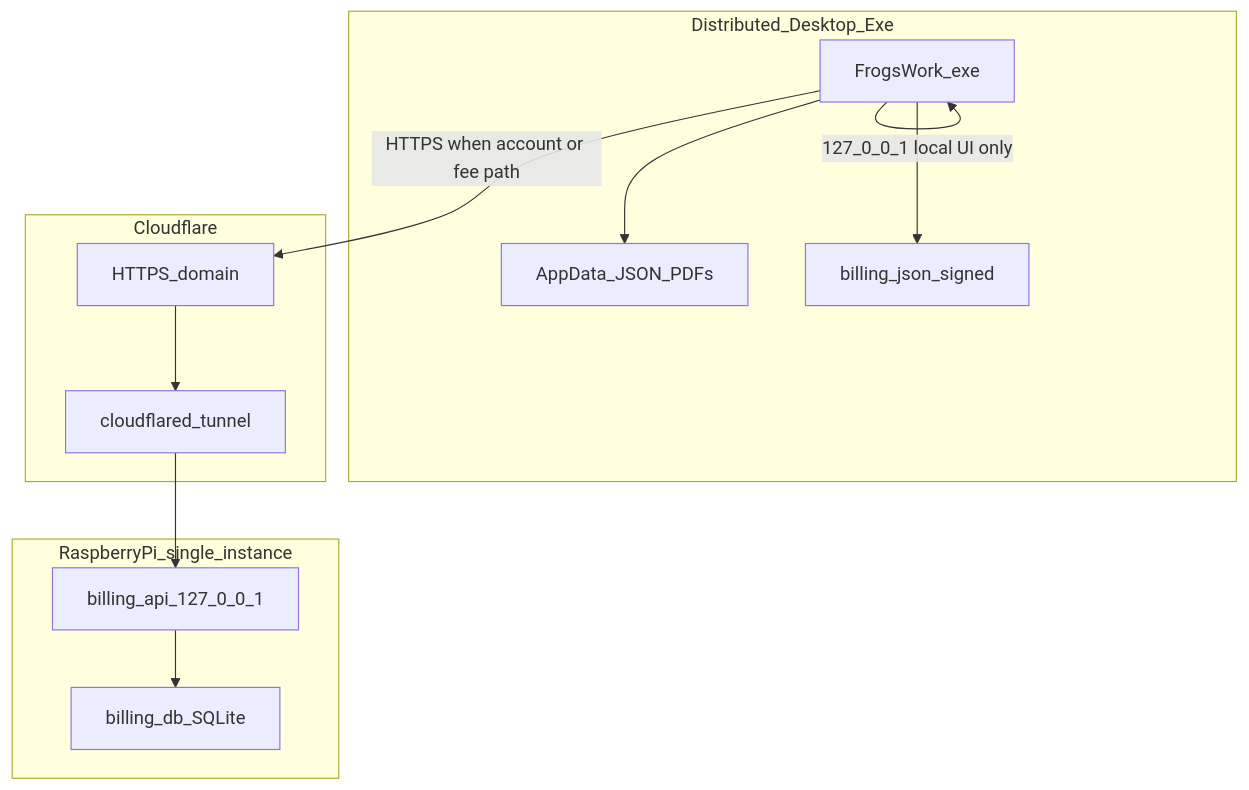
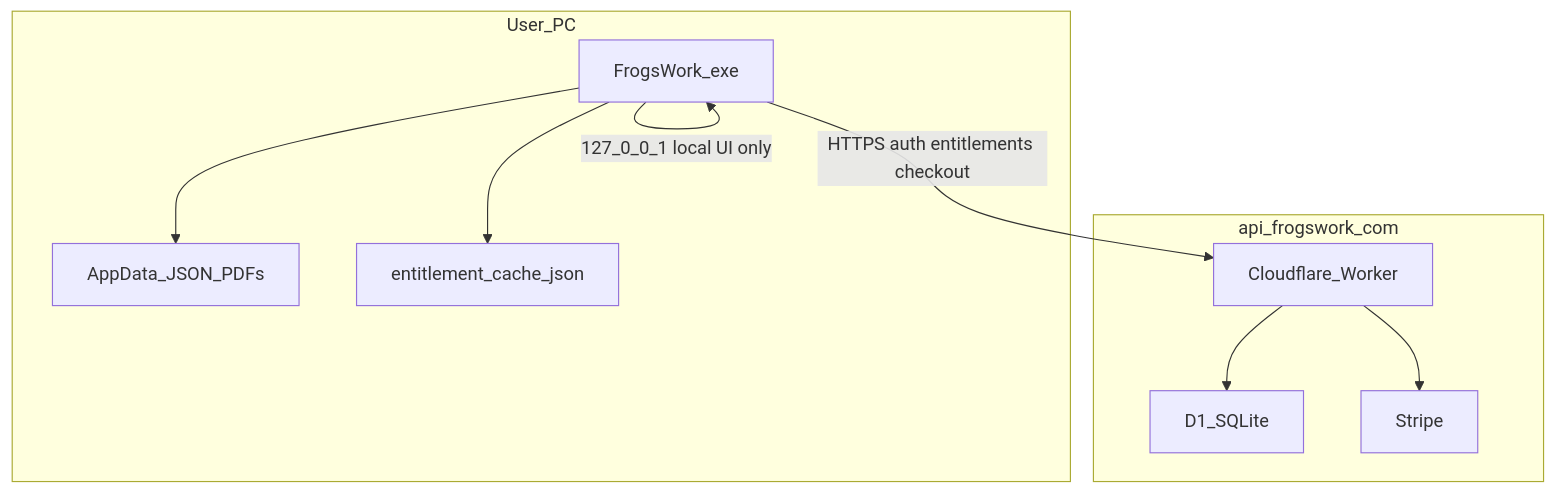
The diagram in docs/commercial/security-risk-model.md (KorraOne/FrogsWorkInvoicer), drawn with Mermaid before and after one commit. The commit also changed other lines of this file and 45 other files, not shown here.

````diff
--- a/docs/commercial/security-risk-model.md
+++ b/docs/commercial/security-risk-model.md
@@ -13,23 +11,19 @@
 ```mermaid
 flowchart TB
-    subgraph clients [Distributed_Desktop_Exe]
+    subgraph desktop [User_PC]
         Exe[FrogsWork_exe]
         AppData[AppData_JSON_PDFs]
-        BillingCache[billing_json_signed]
+        EntCache[entitlement_cache_json]
         Exe --> AppData
-        Exe --> BillingCache
+        Exe --> EntCache
     end
-    subgraph edge [Cloudflare]
-        CF[HTTPS_domain]
-        Tunnel[cloudflared_tunnel]
-        CF --> Tunnel
+    subgraph api [api_frogswork_com]
+        Worker[Cloudflare_Worker]
+        D1[D1_SQLite]
+        Stripe[Stripe]
+        Worker --> D1
+        Worker --> Stripe
     end
-    subgraph rpi [RaspberryPi_single_instance]
-        BillingAPI[billing_api_127_0_0_1]
-        BillingDB[billing_db_SQLite]
-        BillingAPI --> BillingDB
-    end
-    Exe -->|"HTTPS when account or fee path"| CF
-    Tunnel --> BillingAPI
+    Exe -->|"HTTPS auth entitlements checkout"| Worker
     Exe -->|"127_0_0_1 local UI only"| Exe
 ```
````
